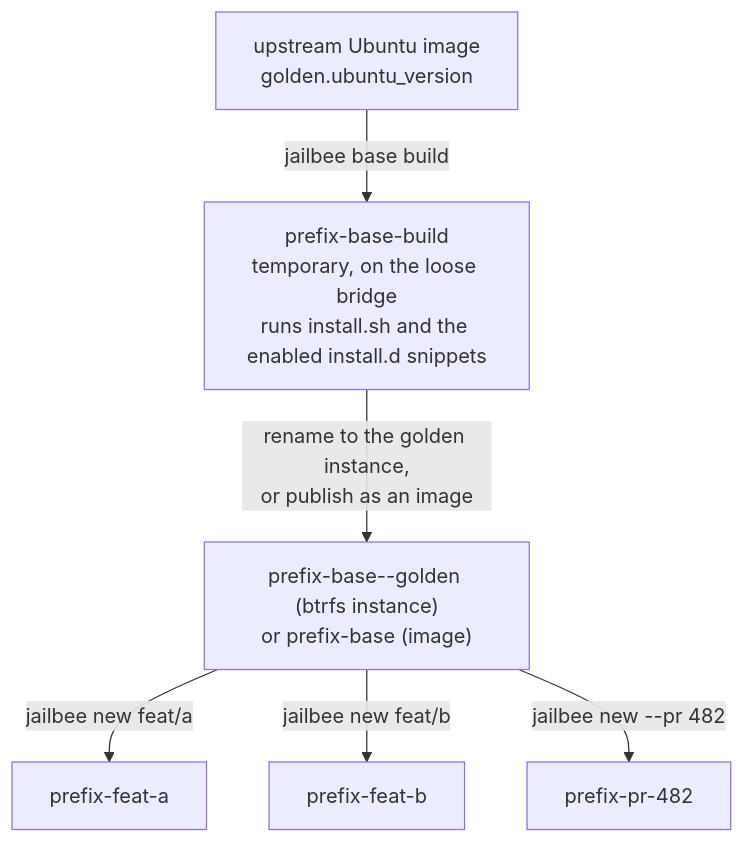
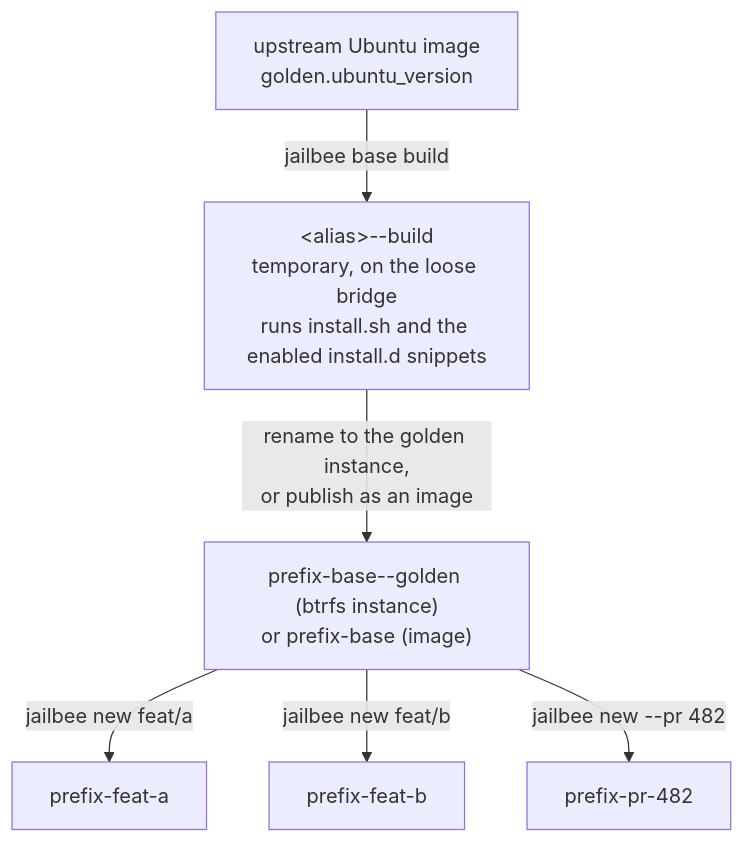
One commit to VRTFinland/jailbee changed the first of 3 diagrams in docs/architecture.md. Above: the diagram before and after it, drawn with Mermaid. The commit also changed 4 other files, not shown here.

````diff
--- a/docs/architecture.md
+++ b/docs/architecture.md
@@ -54,15 +54,15 @@
 ```mermaid
 flowchart TB
     UB["upstream Ubuntu image<br>golden.ubuntu_version"]
-    BUILD["prefix-base-build<br>temporary, on the loose bridge<br>runs install.sh and the enabled install.d snippets"]
+    BUILD["#lt;alias#gt;--build<br>temporary, on the loose bridge<br>runs install.sh and the enabled install.d snippets"]
     IMG["prefix-base--golden (btrfs instance)<br>or prefix-base (image)"]
     C1["prefix-feat-a"]
     C2["prefix-feat-b"]
     C3["prefix-pr-482"]
 
     UB -->|"jailbee base build"| BUILD
     BUILD -->|"rename to the golden instance,<br>or publish as an image"| IMG
     IMG -->|"jailbee new feat/a"| C1
     IMG -->|"jailbee new feat/b"| C2
     IMG -->|"jailbee new --pr 482"| C3
 ```
````
